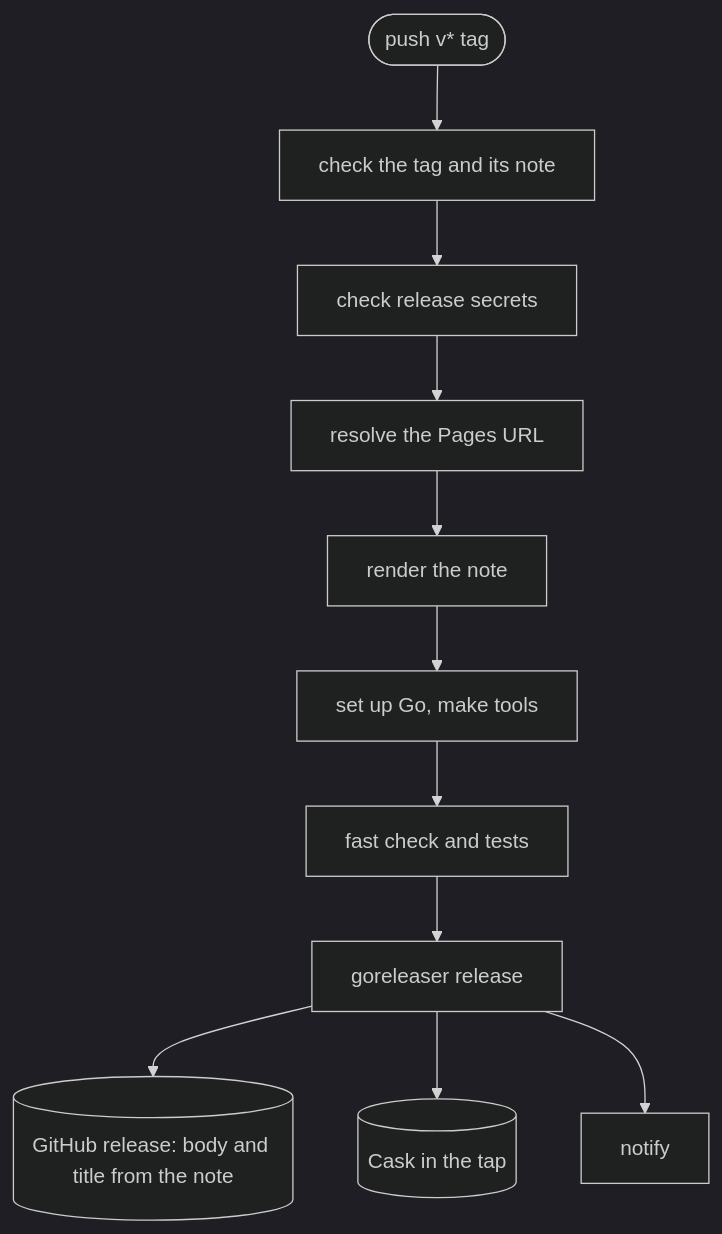
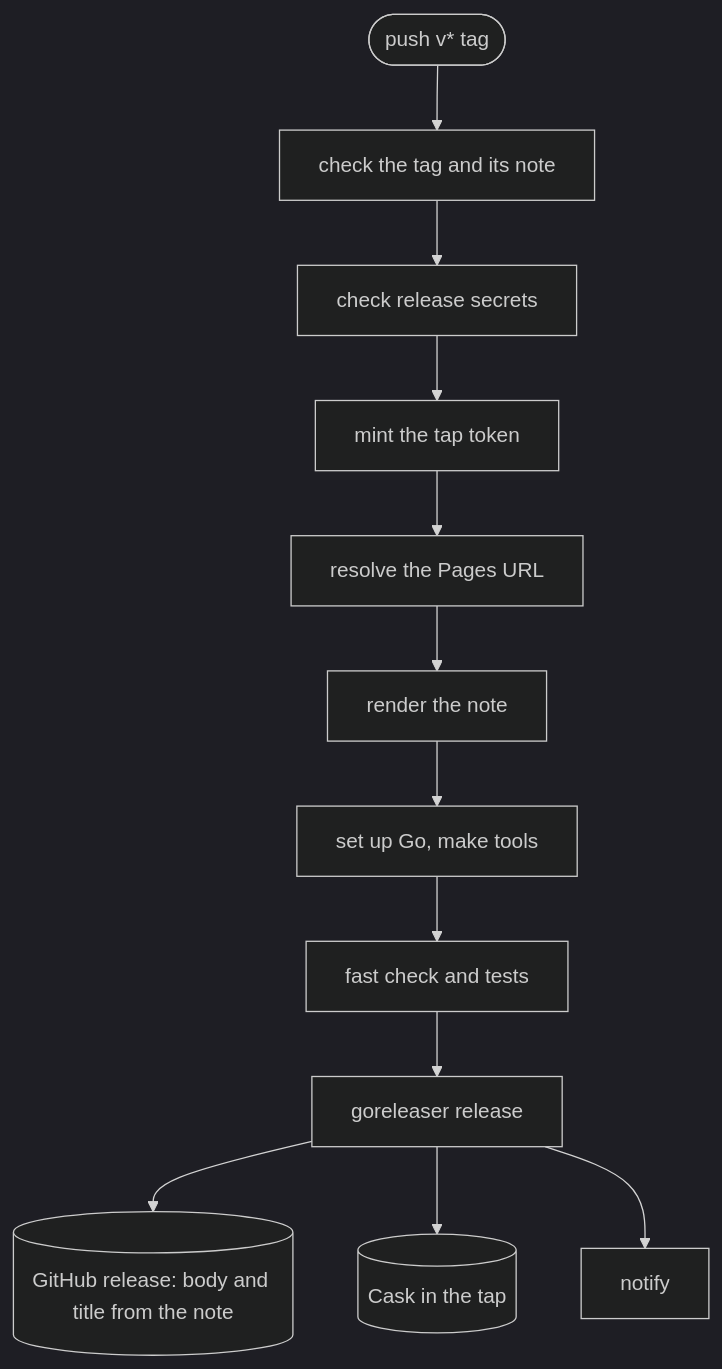
The third of 10 diagrams in .github/workflows/README.md (octopot/indexit), drawn with Mermaid (dark theme) before and after one commit. The commit also changed other lines of this file and 5 other files, not shown here.

Commit message:
fix(ci/cd): mint the tap token from a GitHub App, refs #108

````diff
--- a/.github/workflows/README.md
+++ b/.github/workflows/README.md
@@ -68,8 +69,8 @@
 ```mermaid
 flowchart TB
-  tag([push v* tag]) --> check[check the tag and its note] --> secrets[check release secrets] --> pages[resolve the Pages URL] --> render[render the note]
+  tag([push v* tag]) --> check[check the tag and its note] --> secrets[check release secrets] --> token[mint the tap token] --> pages[resolve the Pages URL] --> render[render the note]
   render --> go[set up Go, make tools] --> test[fast check and tests] --> publish[goreleaser release]
   publish --> release[(GitHub release: body and title from the note)]
   publish --> tap[(Cask in the tap)]
   publish --> notify[notify]
 ```
````
